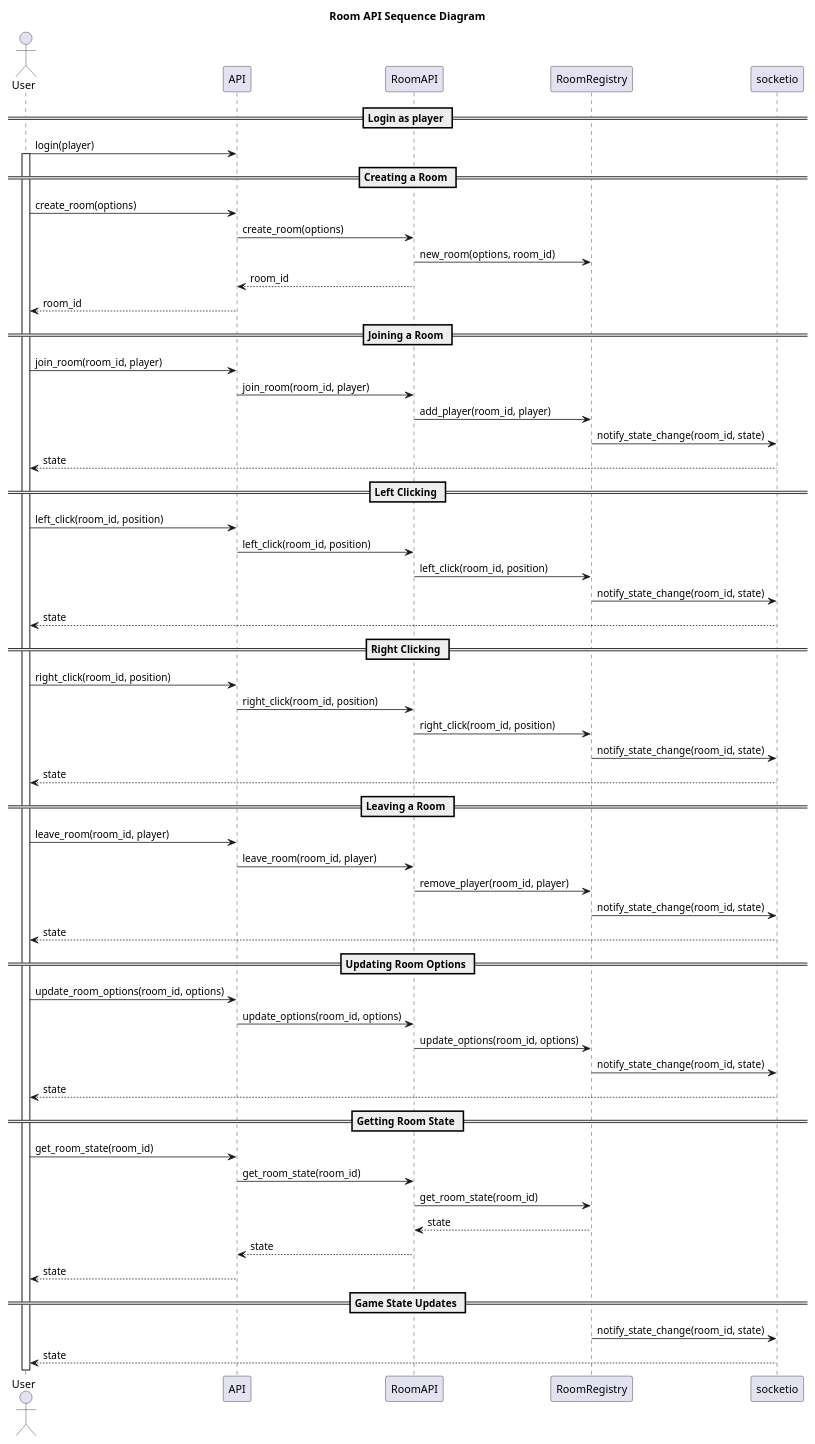
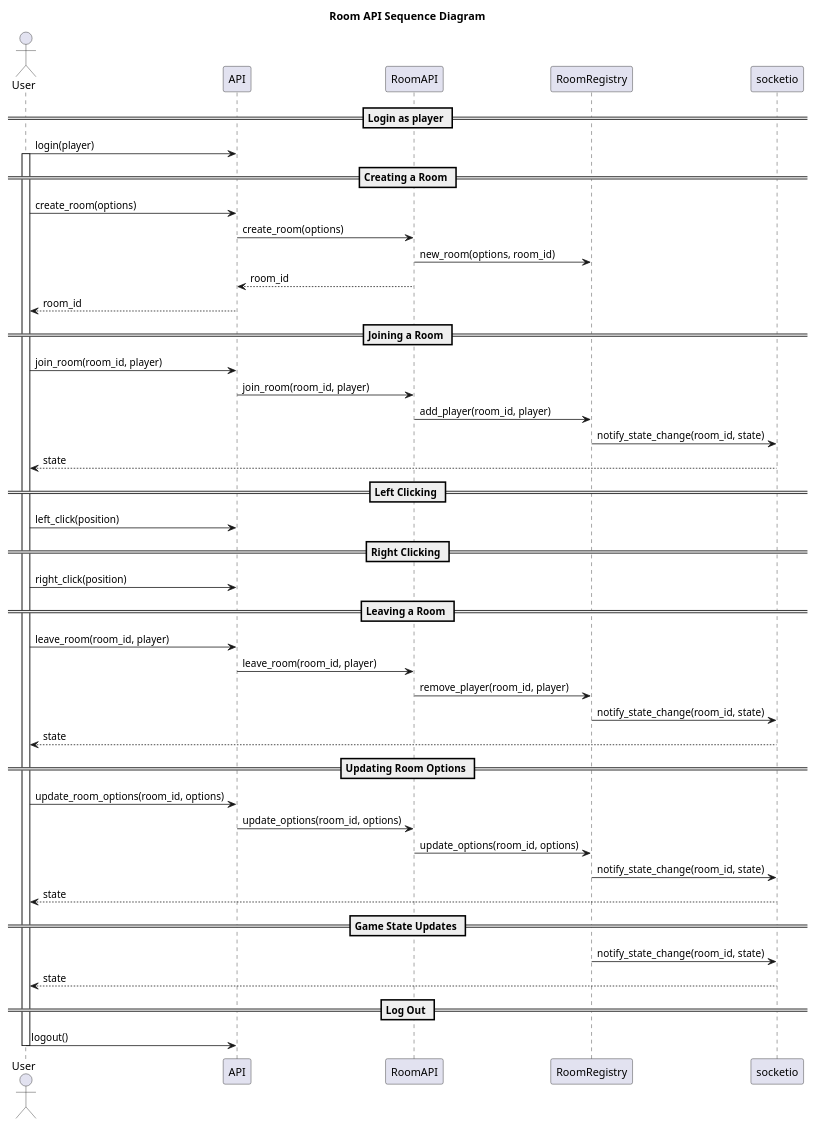
Before and after one commit to HampusSiik/minesweeper-with-friends: the diagram in doc/api-sequence-diagram.puml, drawn with PlantUML. The commit also changed 1 other file, not shown here.

Commit message:
Add left and right click event handlers and logout functionality

```diff
--- a/doc/api-sequence-diagram.puml
+++ b/doc/api-sequence-diagram.puml
@@ -1,70 +1,58 @@
 @startuml api-sequence
 
 title Room API Sequence Diagram
 
 actor User
 participant "API" as API
 participant "RoomAPI" as RoomAPI
 participant "RoomRegistry" as Room
 participant "socketio" as Update
 
 == Login as player ==
 
 User -> API: login(player)
 activate User
 
 == Creating a Room ==
 User -> API: create_room(options)
 API -> RoomAPI: create_room(options)
 RoomAPI -> Room: new_room(options, room_id)
 RoomAPI --> API: room_id
 API --> User: room_id
 
 == Joining a Room ==
 User -> API: join_room(room_id, player)
 API -> RoomAPI: join_room(room_id, player)
 RoomAPI -> Room: add_player(room_id, player)
 Room -> Update: notify_state_change(room_id, state)
 Update --> User: state
 
 == Left Clicking ==
-User -> API: left_click(room_id, position)
-API -> RoomAPI: left_click(room_id, position)
-RoomAPI -> Room: left_click(room_id, position)
-Room -> Update: notify_state_change(room_id, state)
-Update --> User: state
+User -> API: left_click(position)
 
 == Right Clicking ==
-User -> API: right_click(room_id, position)
-API -> RoomAPI: right_click(room_id, position)
-RoomAPI -> Room: right_click(room_id, position)
-Room -> Update: notify_state_change(room_id, state)
-Update --> User: state
+User -> API: right_click(position)
 
 == Leaving a Room ==
 User -> API: leave_room(room_id, player)
 API -> RoomAPI: leave_room(room_id, player)
 RoomAPI -> Room: remove_player(room_id, player)
 Room -> Update: notify_state_change(room_id, state)
 Update --> User: state
 
 == Updating Room Options ==
 User -> API: update_room_options(room_id, options)
 API -> RoomAPI: update_options(room_id, options)
 RoomAPI -> Room: update_options(room_id, options)
 Room -> Update: notify_state_change(room_id, state)
 Update --> User: state
 
-== Getting Room State ==
-User -> API: get_room_state(room_id)
-API -> RoomAPI: get_room_state(room_id)
-RoomAPI -> Room: get_room_state(room_id)
-Room --> RoomAPI: state
-RoomAPI --> API: state
-API --> User: state
-
 == Game State Updates ==
 Room -> Update: notify_state_change(room_id, state)
 Update --> User: state
 
+== Log Out ==
+User -> API: logout()
+deactivate User
+
 @enduml
```
